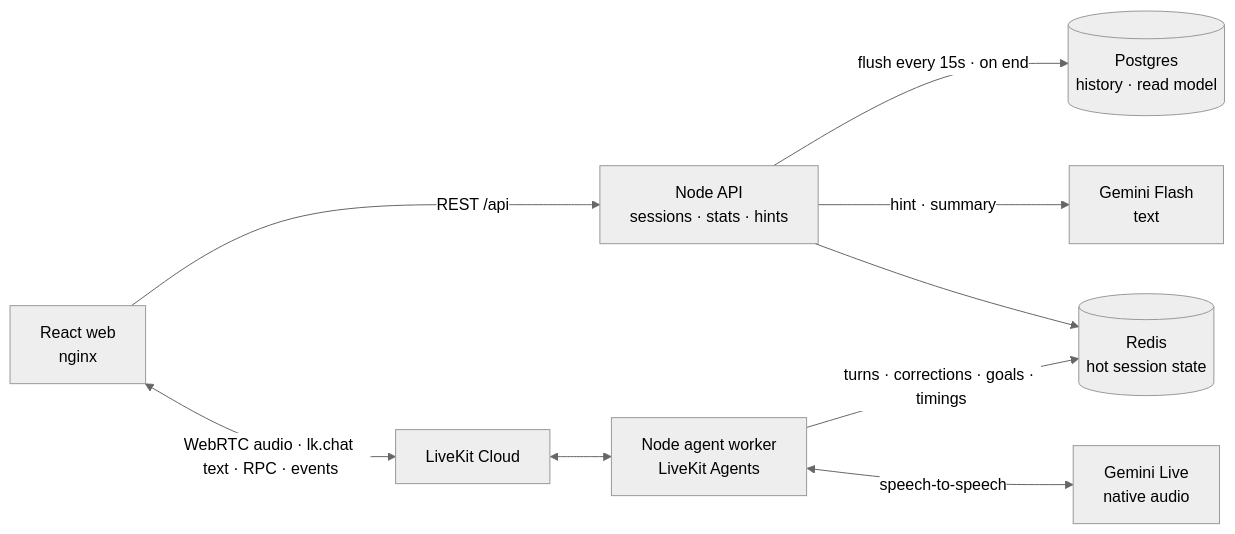
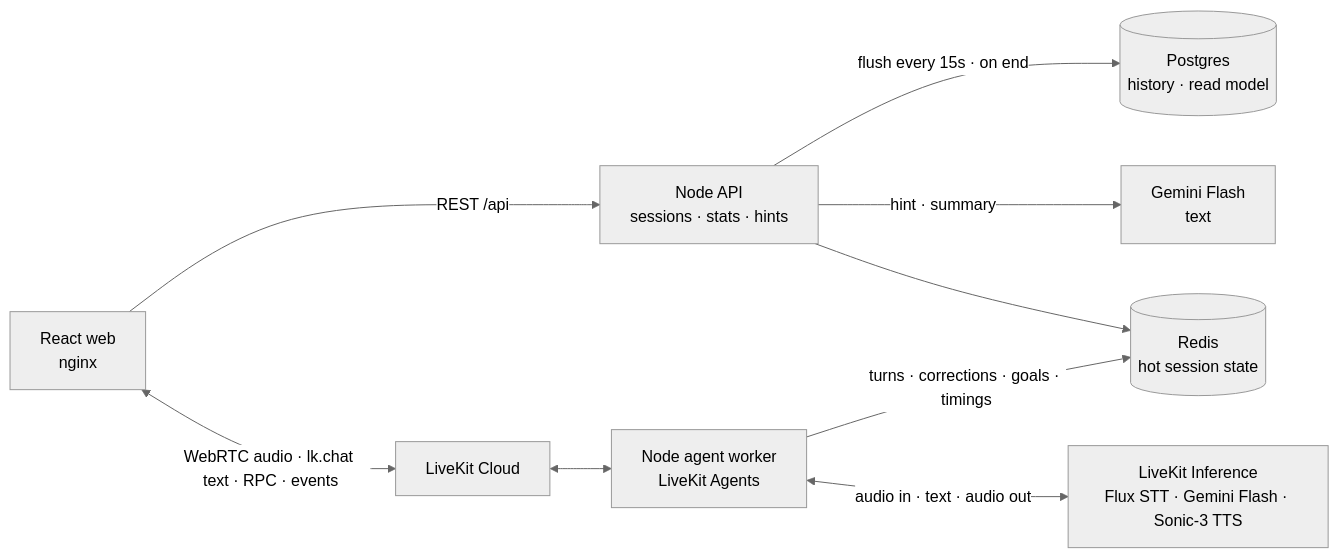
One commit to TsengMJ/voice_ai_tutor changed the diagram in README.md. Above: the diagram before and after it, drawn with Mermaid (neutral theme). The commit also changed other lines of this file and 1 other file, not shown here.

First line of the commit message:
Document the switch to a streaming STT, LLM and TTS pipeline

````diff
--- a/README.md
+++ b/README.md
@@ -67,20 +67,20 @@
 ```mermaid
 flowchart LR
   web[React web<br/>nginx]
   api[Node API<br/>sessions · stats · hints]
   agent[Node agent worker<br/>LiveKit Agents]
   lk[LiveKit Cloud]
-  live[Gemini Live<br/>native audio]
+  inference[LiveKit Inference<br/>Flux STT · Gemini Flash · Sonic-3 TTS]
   flash[Gemini Flash<br/>text]
   redis[(Redis<br/>hot session state)]
   pg[(Postgres<br/>history · read model)]
 
   web -->|REST /api| api
   web <-->|WebRTC audio · lk.chat text · RPC · events| lk
   lk <--> agent
-  agent <-->|speech-to-speech| live
+  agent <-->|audio in · text · audio out| inference
   agent -->|turns · corrections · goals · timings| redis
   api --> redis
   api -->|flush every 15s · on end| pg
   api -->|hint · summary| flash
 ```
````
